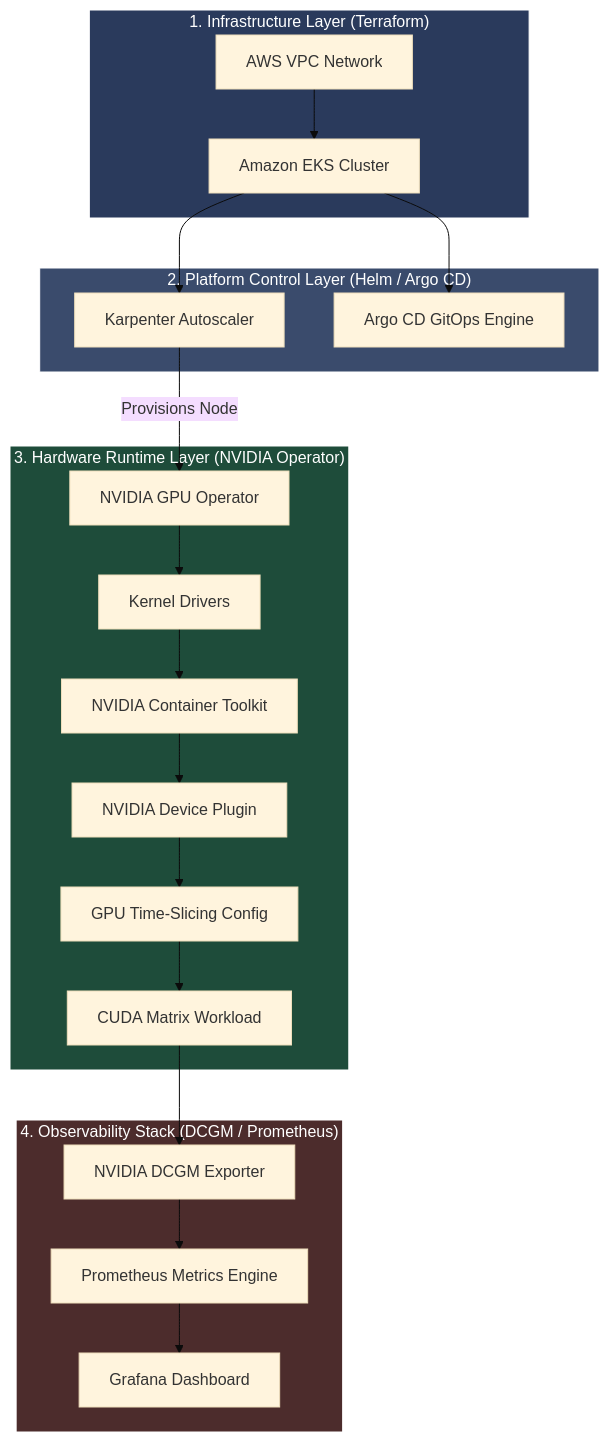
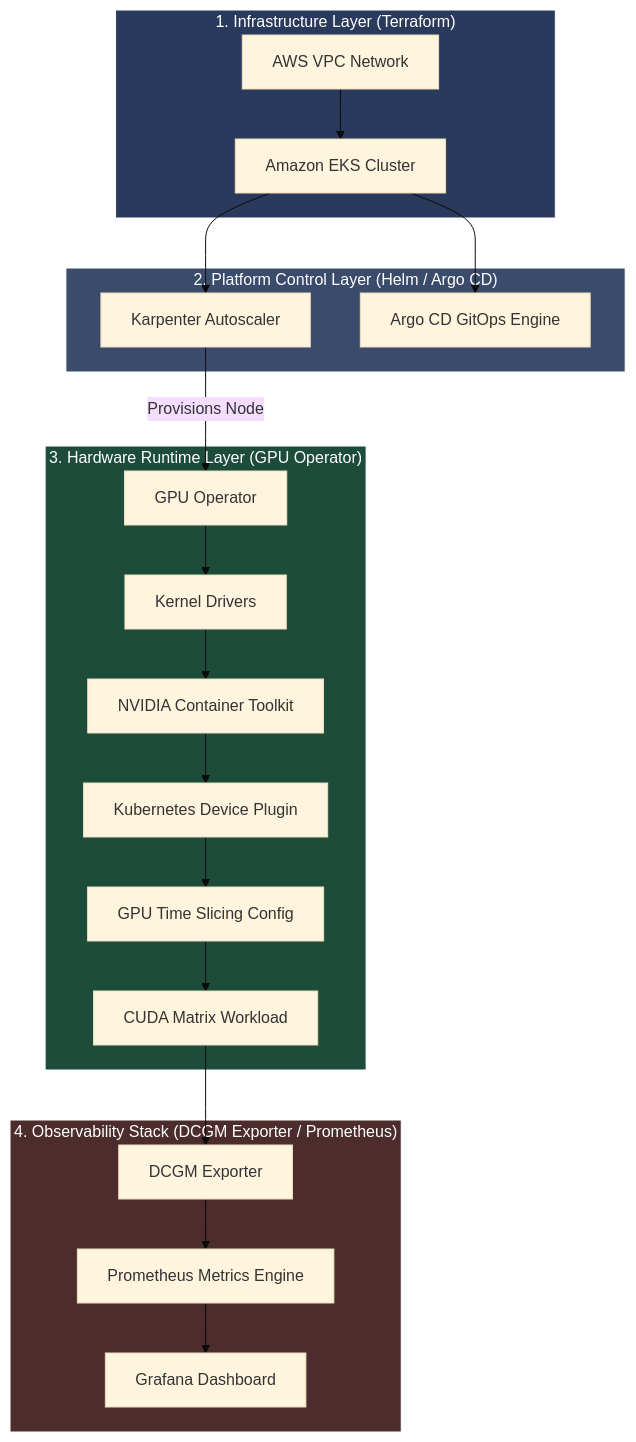
The first of 2 diagrams in docs/architecture.md (ok-karthik/ai-infrastructure-on-eks), drawn with Mermaid (base theme) before and after one commit. The commit also changed other lines of this file and 17 other files, not shown here.

````diff
--- a/docs/architecture.md
+++ b/docs/architecture.md
@@ -11,44 +11,44 @@
 ```mermaid
 flowchart TB
     subgraph InfraZone ["1. Infrastructure Layer (Terraform)"]
         VPC[AWS VPC Network] --> EKS[Amazon EKS Cluster]
     end
 
     subgraph PlatformZone ["2. Platform Control Layer (Helm / Argo CD)"]
         Karpenter[Karpenter Autoscaler]
         ArgoCD[Argo CD GitOps Engine]
         EKS --> Karpenter
         EKS --> ArgoCD
     end
 
-    subgraph RuntimeZone ["3. Hardware Runtime Layer (NVIDIA Operator)"]
-        GPUOp[NVIDIA GPU Operator]
+    subgraph RuntimeZone ["3. Hardware Runtime Layer (GPU Operator)"]
+        GPUOp[GPU Operator]
         Driver[Kernel Drivers]
         Toolkit[NVIDIA Container Toolkit]
-        DevPlugin[NVIDIA Device Plugin]
-        TimeSlicing[GPU Time-Slicing Config]
+        DevPlugin[Kubernetes Device Plugin]
+        TimeSlicing[GPU Time Slicing Config]
         CUDA[CUDA Matrix Workload]
 
         Karpenter -->|Provisions Node| GPUOp
         GPUOp --> Driver
         Driver --> Toolkit
         Toolkit --> DevPlugin
         DevPlugin --> TimeSlicing
         TimeSlicing --> CUDA
     end
 
-    subgraph ObsZone ["4. Observability Stack (DCGM / Prometheus)"]
-        DCGM[NVIDIA DCGM Exporter]
+    subgraph ObsZone ["4. Observability Stack (DCGM Exporter / Prometheus)"]
+        DCGM[DCGM Exporter]
         Prometheus[Prometheus Metrics Engine]
         Grafana[Grafana Dashboard]
 
         CUDA --> DCGM
         DCGM --> Prometheus
         Prometheus --> Grafana
     end
 
     style InfraZone fill:#2a3a5c,stroke:#fff,stroke-width:1px,color:#fff
     style PlatformZone fill:#3a4b6c,stroke:#fff,stroke-width:1px,color:#fff
     style RuntimeZone fill:#1e4c3a,stroke:#fff,stroke-width:1px,color:#fff
     style ObsZone fill:#4c2c2c,stroke:#fff,stroke-width:1px,color:#fff
 ```
````
